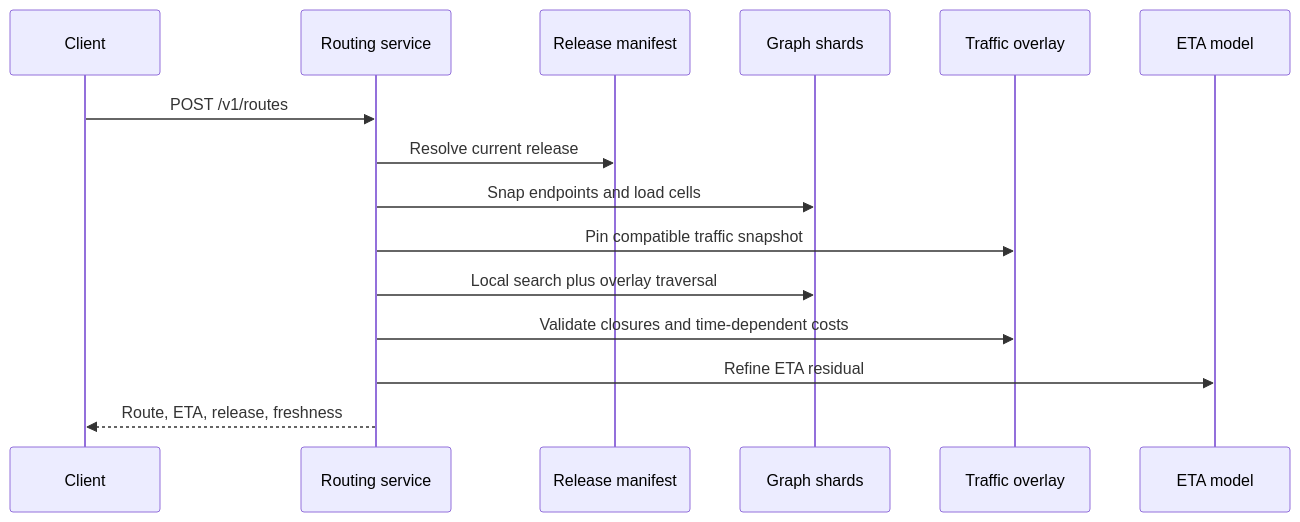
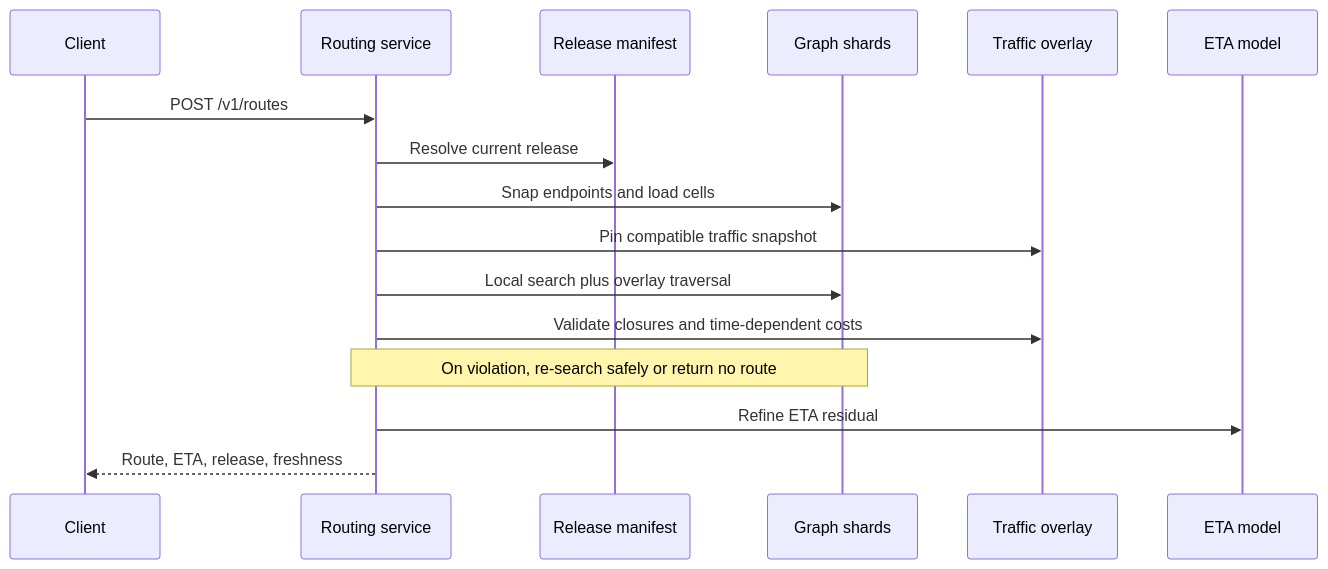
Before and after one commit to Pranshu258/system-design: the third of 5 diagrams in google-maps-system-design.md, drawn with Mermaid. The commit also changed other lines of this file and 23 other files, not shown here.

````diff
--- a/google-maps-system-design.md
+++ b/google-maps-system-design.md
@@ -227,17 +233,18 @@
 ```mermaid
 sequenceDiagram
     participant C as Client
     participant R as Routing service
     participant M as Release manifest
     participant G as Graph shards
     participant T as Traffic overlay
     participant E as ETA model
     C->>R: POST /v1/routes
     R->>M: Resolve current release
     R->>G: Snap endpoints and load cells
     R->>T: Pin compatible traffic snapshot
     R->>G: Local search plus overlay traversal
     R->>T: Validate closures and time-dependent costs
+    Note over R,G: On violation, re-search safely or return no route
     R->>E: Refine ETA residual
     R-->>C: Route, ETA, release, freshness
 ```
````
